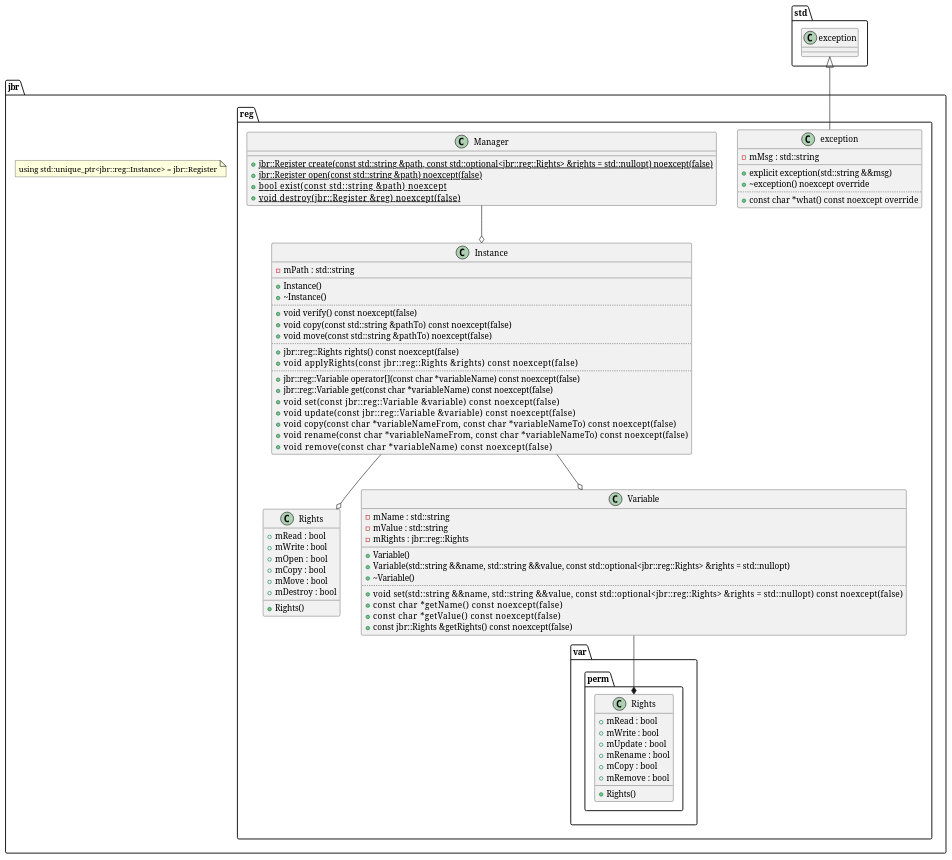
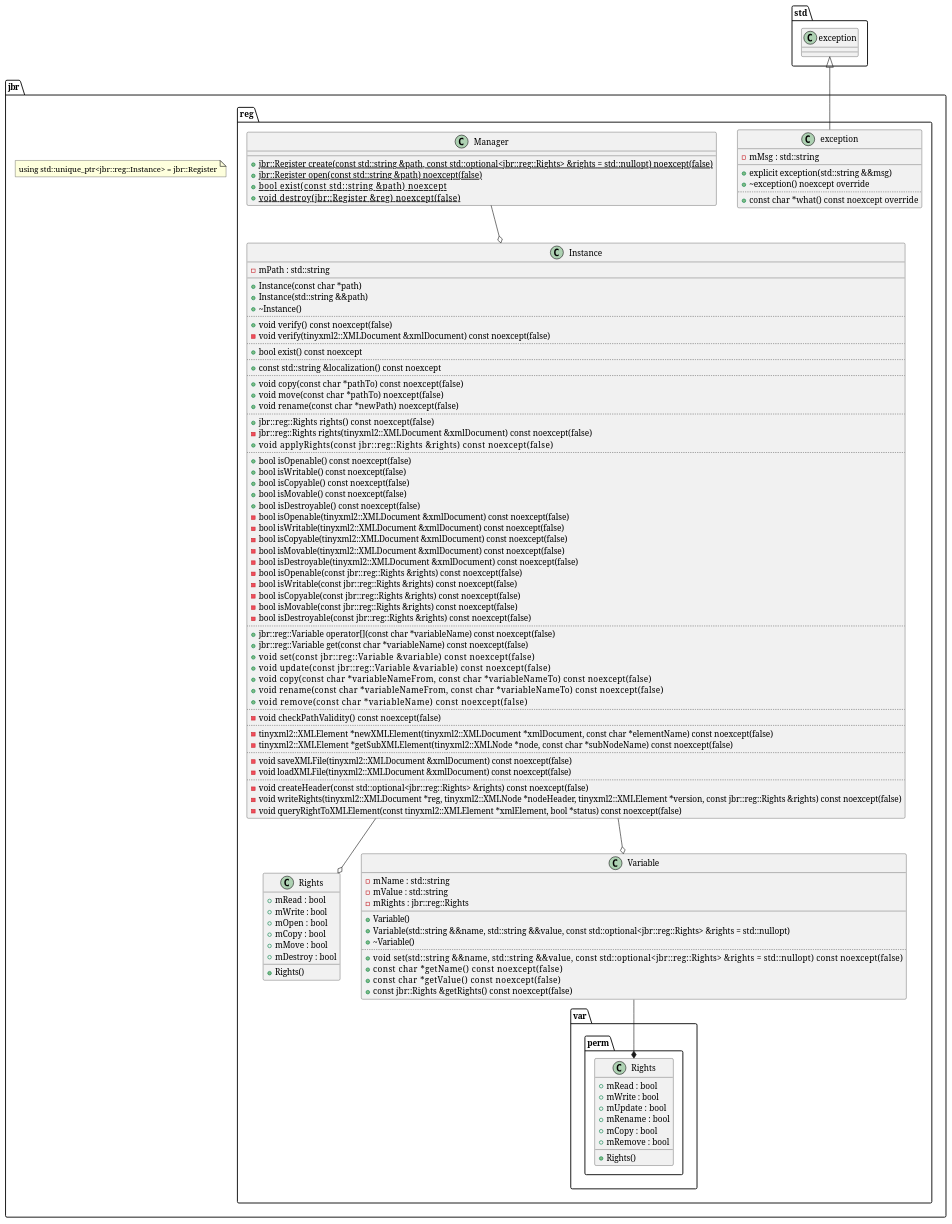
Before and after one commit to j-bruel/Register: the diagram in uml/cRegister.puml, drawn with PlantUML.

Commit message:
Update uml diagram

```diff
--- a/uml/cRegister.puml
+++ b/uml/cRegister.puml
@@ -1,108 +1,145 @@
 @startuml
 
 namespace std {
     class exception {
     }
 }
 
 namespace jbr {
 
     note "using std::unique_ptr<jbr::reg::Instance> = jbr::Register" as Register_Class_Name
 
     namespace reg {
 
         std.exception <|-- jbr.reg.exception
 
         class exception {
             -mMsg : std::string
             __
             +explicit exception(std::string &&msg)
             +~exception() noexcept override
             ..
             +const char  *what() const noexcept override
         }
 
         Manager --o	Instance
         Instance --o Rights
         Instance --o Variable
 
         class   Manager {
             +{static} jbr::Register create(const std::string &path, const std::optional<jbr::reg::Rights> &rights = std::nullopt) noexcept(false)
             +{static} jbr::Register open(const std::string &path) noexcept(false)
             +{static} bool          exist(const std::string &path) noexcept
             +{static} void          destroy(jbr::Register &reg) noexcept(false)
         }
 
         class Instance {
             -mPath : std::string
             __
-            +Instance()
+            +Instance(const char *path)
+            +Instance(std::string &&path)
             +~Instance()
             ..
             +void   verify() const noexcept(false)
-            +void   copy(const std::string &pathTo) const noexcept(false)
-            +void   move(const std::string &pathTo) noexcept(false)
+            -void   verify(tinyxml2::XMLDocument &xmlDocument) const noexcept(false)
+            ..
+            +bool exist() const noexcept
+            ..
+            +const std::string  &localization() const noexcept
+            ..
+            +void   copy(const char *pathTo) const noexcept(false)
+            +void   move(const char *pathTo) noexcept(false)
+            +void   rename(const char *newPath) noexcept(false)
             ..
             +jbr::reg::Rights   rights() const noexcept(false)
+            -jbr::reg::Rights   rights(tinyxml2::XMLDocument &xmlDocument) const noexcept(false)
             +void               applyRights(const jbr::reg::Rights &rights) const noexcept(false)
+            ..
+            +bool isOpenable() const noexcept(false)
+            +bool isWritable() const noexcept(false)
+            +bool isCopyable() const noexcept(false)
+            +bool isMovable() const noexcept(false)
+            +bool isDestroyable() const noexcept(false)
+            -bool isOpenable(tinyxml2::XMLDocument &xmlDocument) const noexcept(false)
+            -bool isWritable(tinyxml2::XMLDocument &xmlDocument) const noexcept(false)
+            -bool isCopyable(tinyxml2::XMLDocument &xmlDocument) const noexcept(false)
+            -bool isMovable(tinyxml2::XMLDocument &xmlDocument) const noexcept(false)
+            -bool isDestroyable(tinyxml2::XMLDocument &xmlDocument) const noexcept(false)
+            -bool isOpenable(const jbr::reg::Rights &rights) const noexcept(false)
+            -bool isWritable(const jbr::reg::Rights &rights) const noexcept(false)
+            -bool isCopyable(const jbr::reg::Rights &rights) const noexcept(false)
+            -bool isMovable(const jbr::reg::Rights &rights) const noexcept(false)
+            -bool isDestroyable(const jbr::reg::Rights &rights) const noexcept(false)
             ..
             +jbr::reg::Variable operator[](const char *variableName) const noexcept(false)
             +jbr::reg::Variable get(const char *variableName) const noexcept(false)
             +void               set(const jbr::reg::Variable &variable) const noexcept(false)
             +void               update(const jbr::reg::Variable &variable) const noexcept(false)
             +void               copy(const char *variableNameFrom, const char *variableNameTo) const noexcept(false)
             +void               rename(const char *variableNameFrom, const char *variableNameTo) const noexcept(false)
             +void               remove(const char *variableName) const noexcept(false)
+            ..
+            -void    checkPathValidity() const noexcept(false)
+            ..
+            -tinyxml2::XMLElement   *newXMLElement(tinyxml2::XMLDocument *xmlDocument, const char *elementName) const noexcept(false)
+            -tinyxml2::XMLElement   *getSubXMLElement(tinyxml2::XMLNode *node, const char *subNodeName) const noexcept(false)
+            ..
+            -void saveXMLFile(tinyxml2::XMLDocument &xmlDocument) const noexcept(false)
+            -void loadXMLFile(tinyxml2::XMLDocument &xmlDocument) const noexcept(false)
+            ..
+            -void createHeader(const std::optional<jbr::reg::Rights> &rights) const noexcept(false)
+            -void writeRights(tinyxml2::XMLDocument *reg, tinyxml2::XMLNode *nodeHeader, tinyxml2::XMLElement *version, const jbr::reg::Rights &rights) const noexcept(false)
+            -void queryRightToXMLElement(const tinyxml2::XMLElement *xmlElement, bool *status) const noexcept(false)
         }
 
         class Variable {
             -mName : std::string
             -mValue : std::string
             -mRights : jbr::reg::Rights
             __
             +Variable()
             +Variable(std::string &&name, std::string &&value, const std::optional<jbr::reg::Rights> &rights = std::nullopt)
             +~Variable()
             ..
             +void               set(std::string &&name, std::string &&value, const std::optional<jbr::reg::Rights> &rights = std::nullopt) const noexcept(false)
             +const char         *getName() const noexcept(false)
             +const char         *getValue() const noexcept(false)
             +const jbr::Rights  &getRights() const noexcept(false)
         }
 
         class Rights {
             +mRead : bool
             +mWrite : bool
             +mOpen : bool
             +mCopy : bool
             +mMove : bool
             +mDestroy : bool
             __
             +Rights()
         }
 
         namespace var {
 
             namespace perm {
 
                 jbr.reg.Variable --* jbr.reg.var.perm.Rights
 
                 class Rights {
                     +mRead : bool
                     +mWrite : bool
                     +mUpdate : bool
                     +mRename : bool
                     +mCopy : bool
                     +mRemove : bool
                     __
                     +Rights()
                 }
 
             }
         }
 
     }
 
 }
 
 @enduml
```
